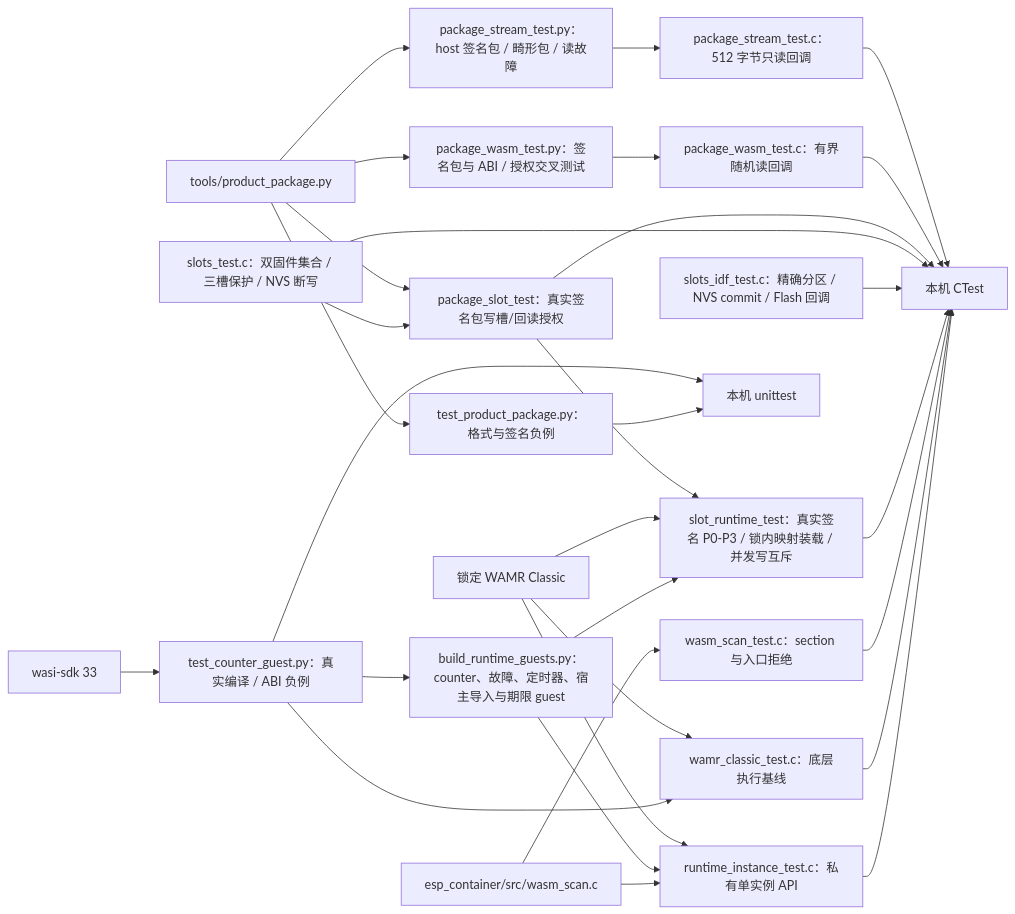
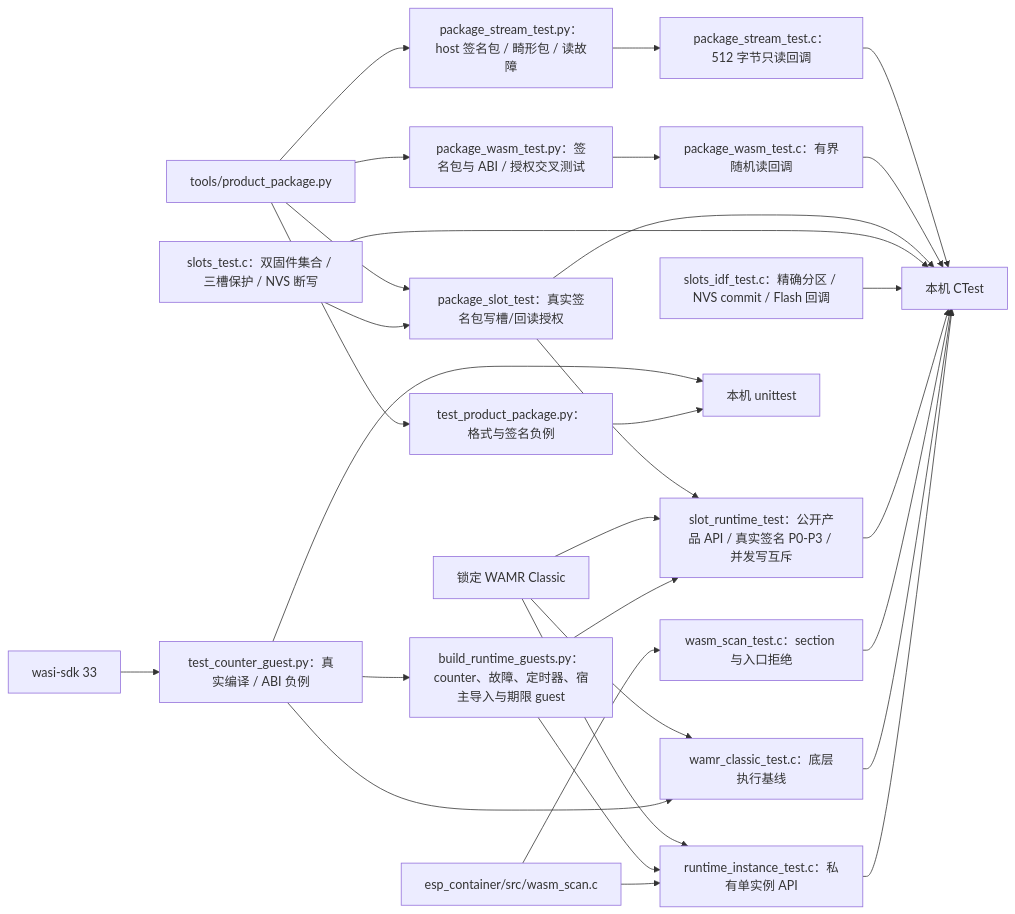
One commit to darren-you/esp-container changed the diagram in tests/README.md. Above: the diagram before and after it, drawn with Mermaid. The commit also changed other lines of this file and 12 other files, not shown here.

````diff
--- a/tests/README.md
+++ b/tests/README.md
@@ -5,32 +5,32 @@
 ```mermaid
 flowchart LR
     package["tools/product_package.py"] --> py["test_product_package.py：格式与签名负例"]
     package --> stream["package_stream_test.py：host 签名包 / 畸形包 / 读故障"]
     stream --> reader["package_stream_test.c：512 字节只读回调"]
     package --> static["package_wasm_test.py：签名包与 ABI / 授权交叉测试"]
     static --> static_reader["package_wasm_test.c：有界随机读回调"]
     reader --> ctest
     static_reader --> ctest
     package --> slot_admission["package_slot_test：真实签名包写槽/回读授权"]
     slots --> slot_admission
     slot_admission --> ctest
-    slot_admission --> slot_runtime["slot_runtime_test：真实签名 P0-P3 / 锁内映射装载 / 并发写互斥"]
+    slot_admission --> slot_runtime["slot_runtime_test：公开产品 API / 真实签名 P0-P3 / 并发写互斥"]
     slots["slots_test.c：双固件集合 / 三槽保护 / NVS 断写"] --> ctest
     idf_slots["slots_idf_test.c：精确分区 / NVS commit / Flash 回调"] --> ctest
     scanner["esp_container/src/wasm_scan.c"] --> c["wasm_scan_test.c：section 与入口拒绝"]
     wasi["wasi-sdk 33"] --> guest["test_counter_guest.py：真实编译 / ABI 负例"]
     guest --> host
     wamr["锁定 WAMR Classic"] --> baseline["wamr_classic_test.c：底层执行基线"]
     guest --> baseline
     guest --> fixtures["build_runtime_guests.py：counter、故障、定时器、宿主导入与期限 guest"]
     wamr --> instance["runtime_instance_test.c：私有单实例 API"]
     wamr --> slot_runtime
     fixtures --> slot_runtime
     slot_runtime --> ctest
     fixtures --> instance
     scanner --> instance
     py --> host["本机 unittest"]
     c --> ctest["本机 CTest"]
     baseline --> ctest
     instance --> ctest
 ```
````
